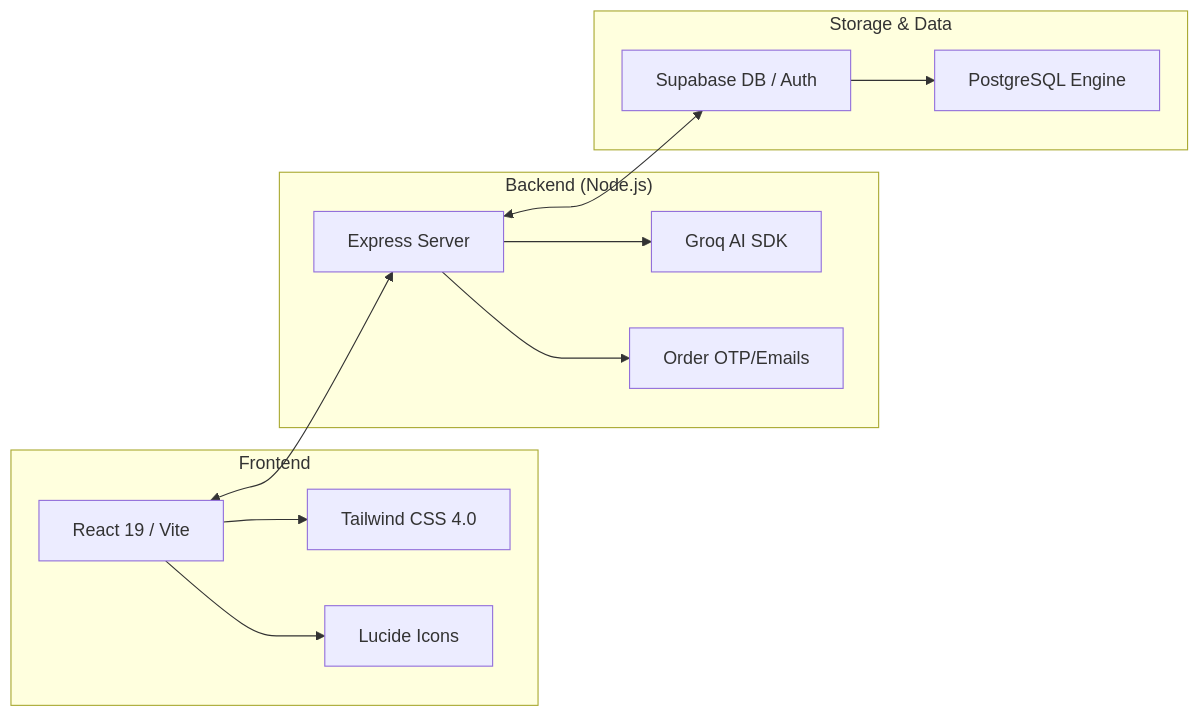
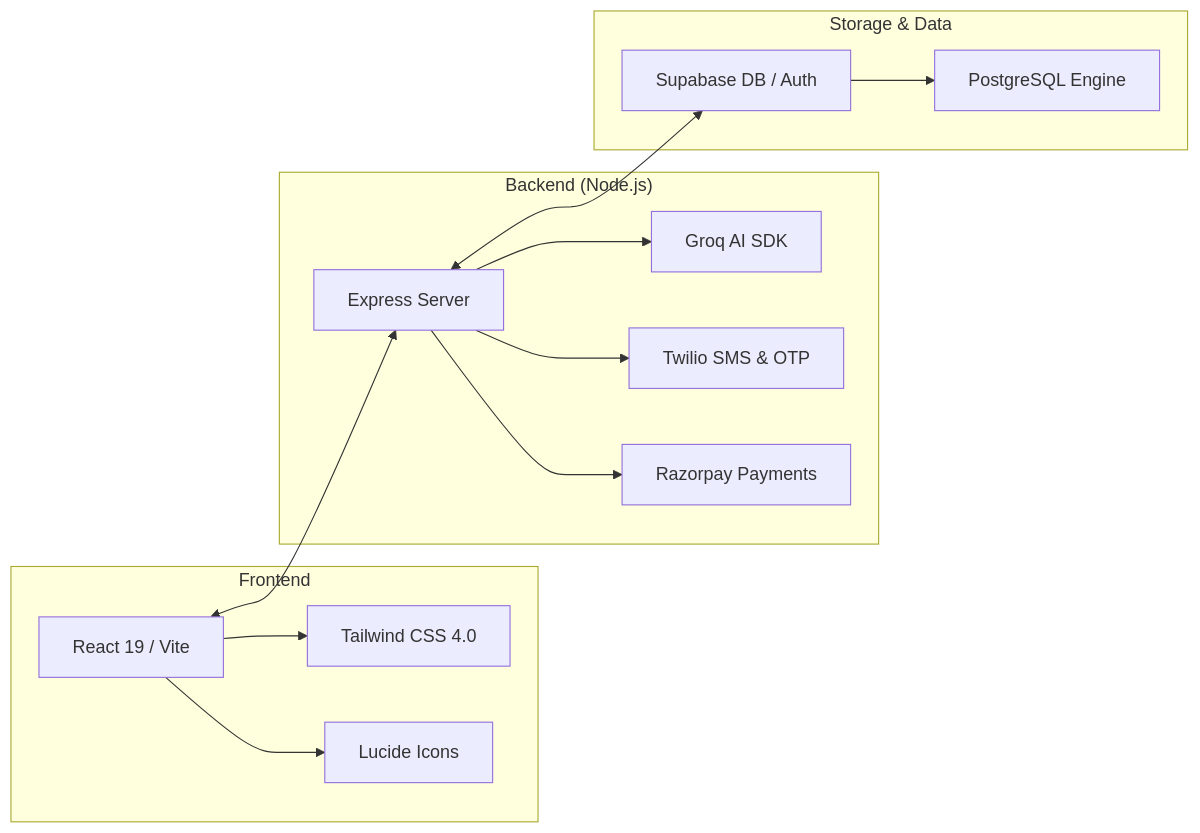
The second of 2 diagrams in README.md (sanjeevkoshti/Agri-Mitra), drawn with Mermaid before and after one commit. The commit also changed other lines of this file, not shown here.

````diff
--- a/README.md
+++ b/README.md
@@ -81,20 +105,21 @@
 ```mermaid
 graph LR
     subgraph Frontend
         React19[React 19 / Vite] --> Tailwind[Tailwind CSS 4.0]
         React19 --> Lucide[Lucide Icons]
     end
 
     subgraph "Backend (Node.js)"
         Express[Express Server] --> Groq[Groq AI SDK]
-        Express --> Nodemailer[Order OTP/Emails]
+        Express --> Twilio[Twilio SMS & OTP]
+        Express --> Razorpay[Razorpay Payments]
     end
 
     subgraph "Storage & Data"
         Supabase[Supabase DB / Auth]
         Supabase --> PostgreSQL[PostgreSQL Engine]
     end
 
     React19 <--> Express
     Express <--> Supabase
 ```
````
